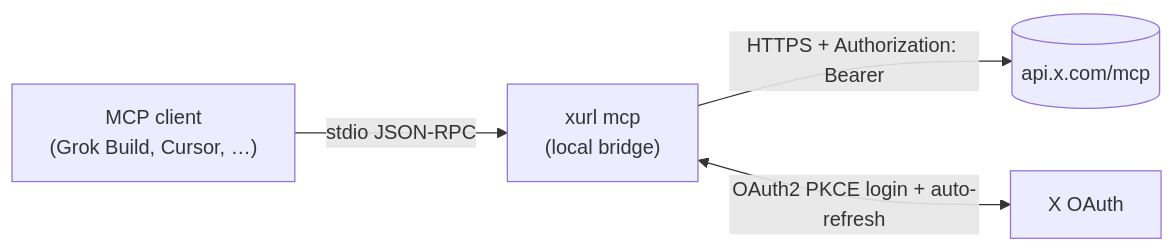
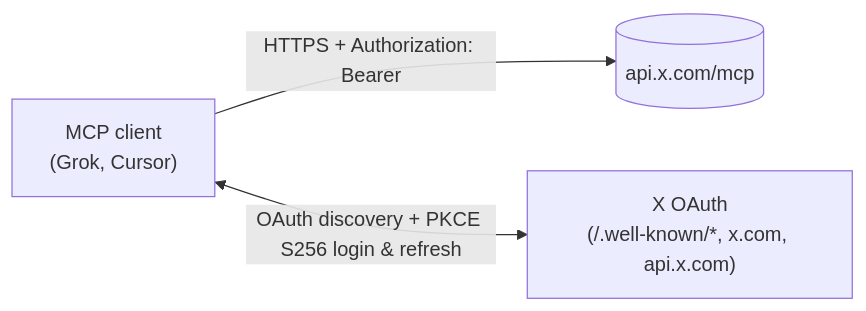
The diagram in tools/mcp.mdx (xdevplatform/docs), drawn with Mermaid before and after one commit. The commit also changed other lines of this file and 3 other files, not shown here.

Commit message:
docs(mcp): document native MCP OAuth discovery on api.x.com/mcp

````diff
--- a/tools/mcp.mdx
+++ b/tools/mcp.mdx
@@ -38,6 +44,5 @@
 ```mermaid
 flowchart LR
-    A["MCP client<br/>(Grok Build, Cursor, …)"] -- "stdio JSON-RPC" --> B["xurl mcp<br/>(local bridge)"]
-    B -- "HTTPS + Authorization: Bearer" --> C[("api.x.com/mcp")]
-    B <-- "OAuth2 PKCE login + auto-refresh" --> D["X OAuth"]
+    A["MCP client<br/>(Grok, Cursor)"] -- "HTTPS + Authorization: Bearer" --> B[("api.x.com/mcp")]
+    A <-- "OAuth discovery + PKCE S256 login & refresh" --> C["X OAuth<br/>(/.well-known/*, x.com, api.x.com)"]
 ```
````
